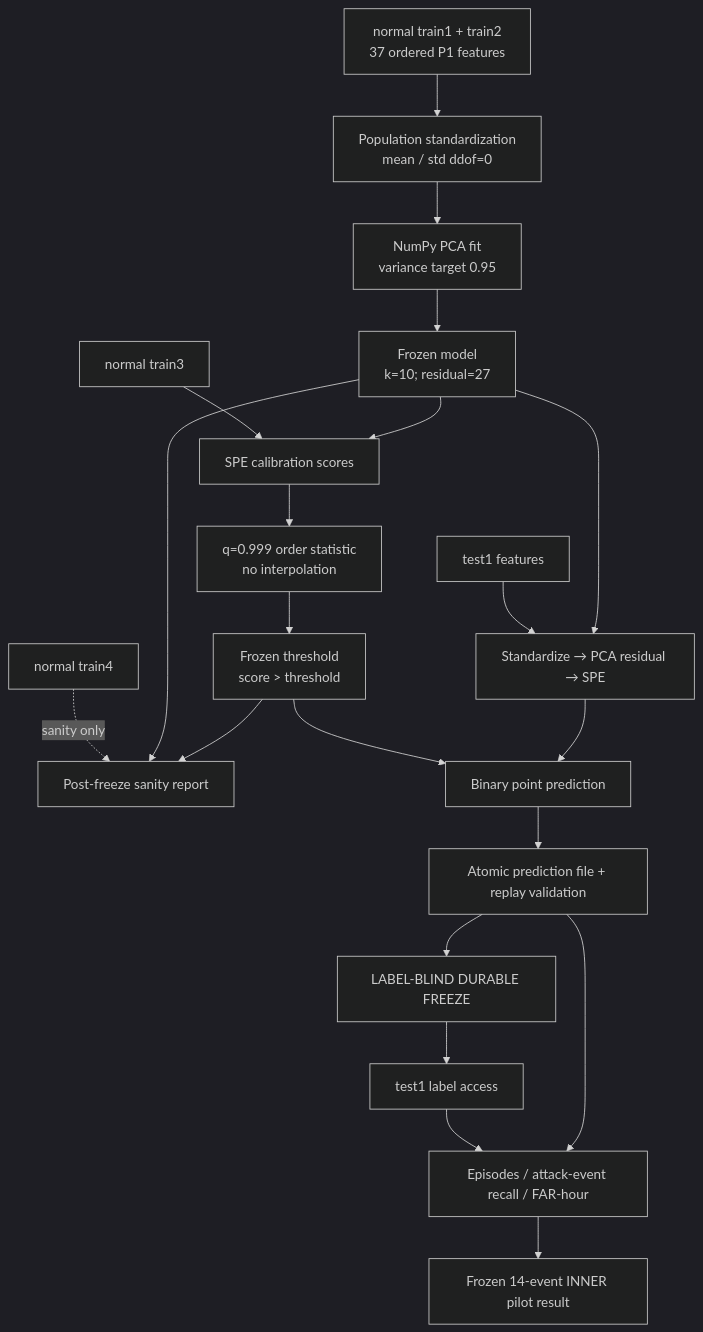
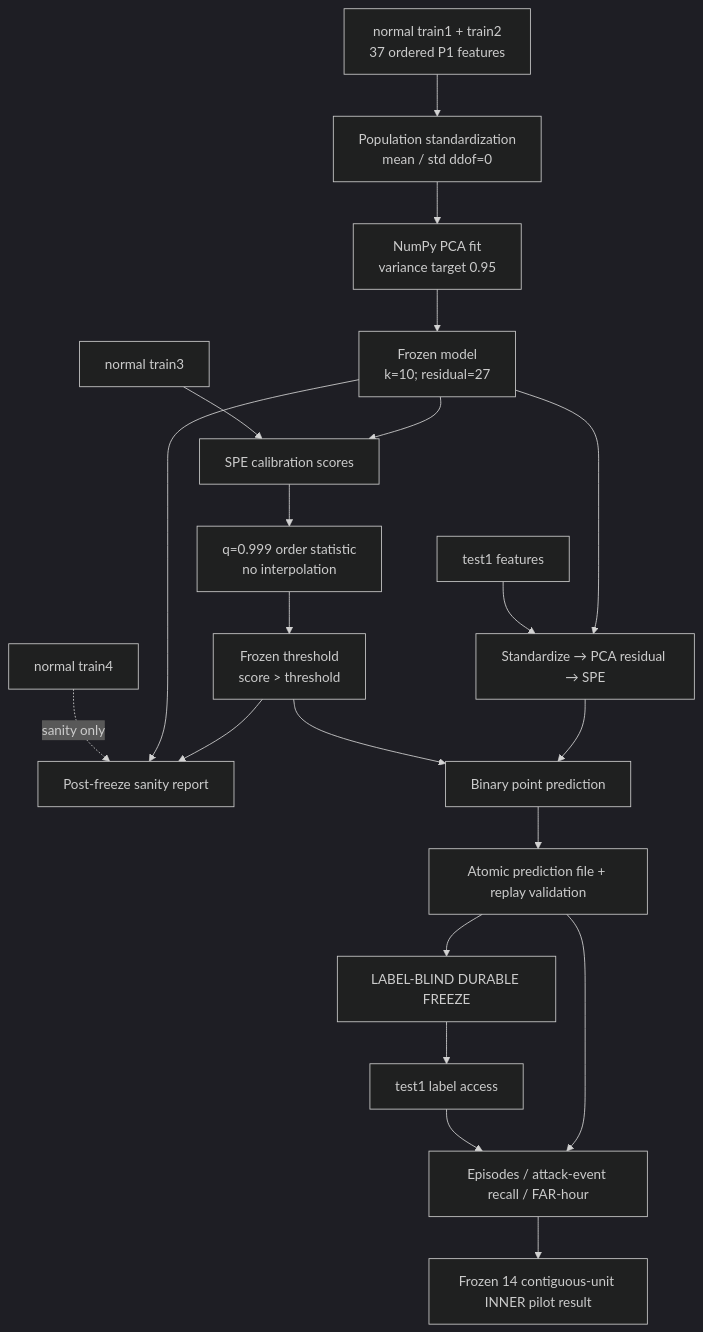
The diagram in research_control_center/architecture/07_d0_detector/ARCH_007_D0_FLOW.mmd (Hyuneey/paper_v_20260625), drawn with Mermaid (dark theme) before and after one commit. The commit also changed other lines of this file and 96 other files, not shown here.

```diff
--- a/research_control_center/architecture/07_d0_detector/ARCH_007_D0_FLOW.mmd
+++ b/research_control_center/architecture/07_d0_detector/ARCH_007_D0_FLOW.mmd
@@ -1,21 +1,21 @@
 flowchart TD
   T12["normal train1 + train2<br/>37 ordered P1 features"] --> SCALE["Population standardization<br/>mean / std ddof=0"]
   SCALE --> PCA["NumPy PCA fit<br/>variance target 0.95"]
   PCA --> K["Frozen model<br/>k=10; residual=27"]
   T3["normal train3"] --> CS["SPE calibration scores"]
   K --> CS
   CS --> TH["q=0.999 order statistic<br/>no interpolation"]
   TH --> AUTH["Frozen threshold<br/>score > threshold"]
   T4["normal train4"] -. sanity only .-> SANITY["Post-freeze sanity report"]
   K --> SANITY
   AUTH --> SANITY
   TESTF["test1 features"] --> SCORE["Standardize → PCA residual → SPE"]
   K --> SCORE
   AUTH --> ALARM["Binary point prediction"]
   SCORE --> ALARM
   ALARM --> FREEZE["Atomic prediction file + replay validation"]
   FREEZE --> BLIND["LABEL-BLIND DURABLE FREEZE"]
   BLIND --> LABEL["test1 label access"]
   LABEL --> METRIC["Episodes / attack-event recall / FAR-hour"]
   FREEZE --> METRIC
-  METRIC --> PILOT["Frozen 14-event INNER pilot result"]
+  METRIC --> PILOT["Frozen 14 contiguous-unit INNER pilot result"]
```
